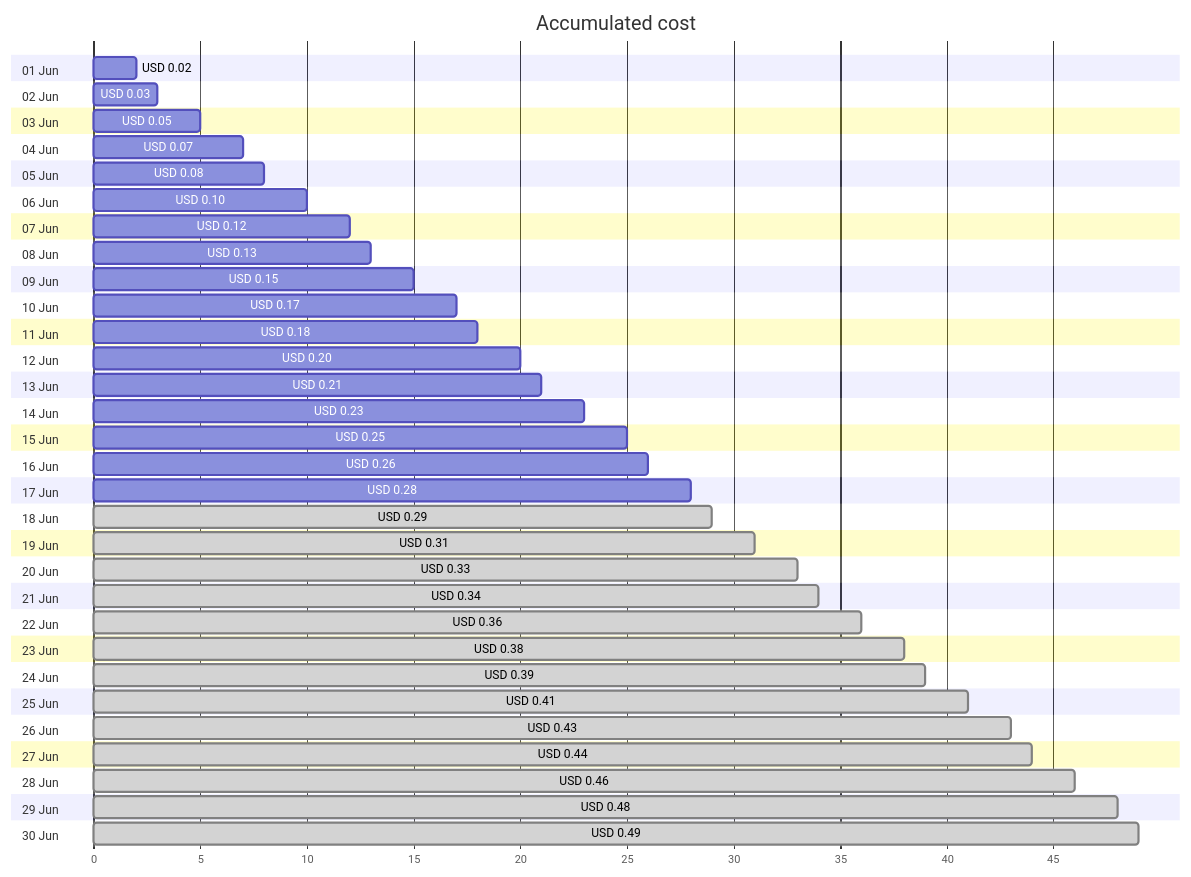
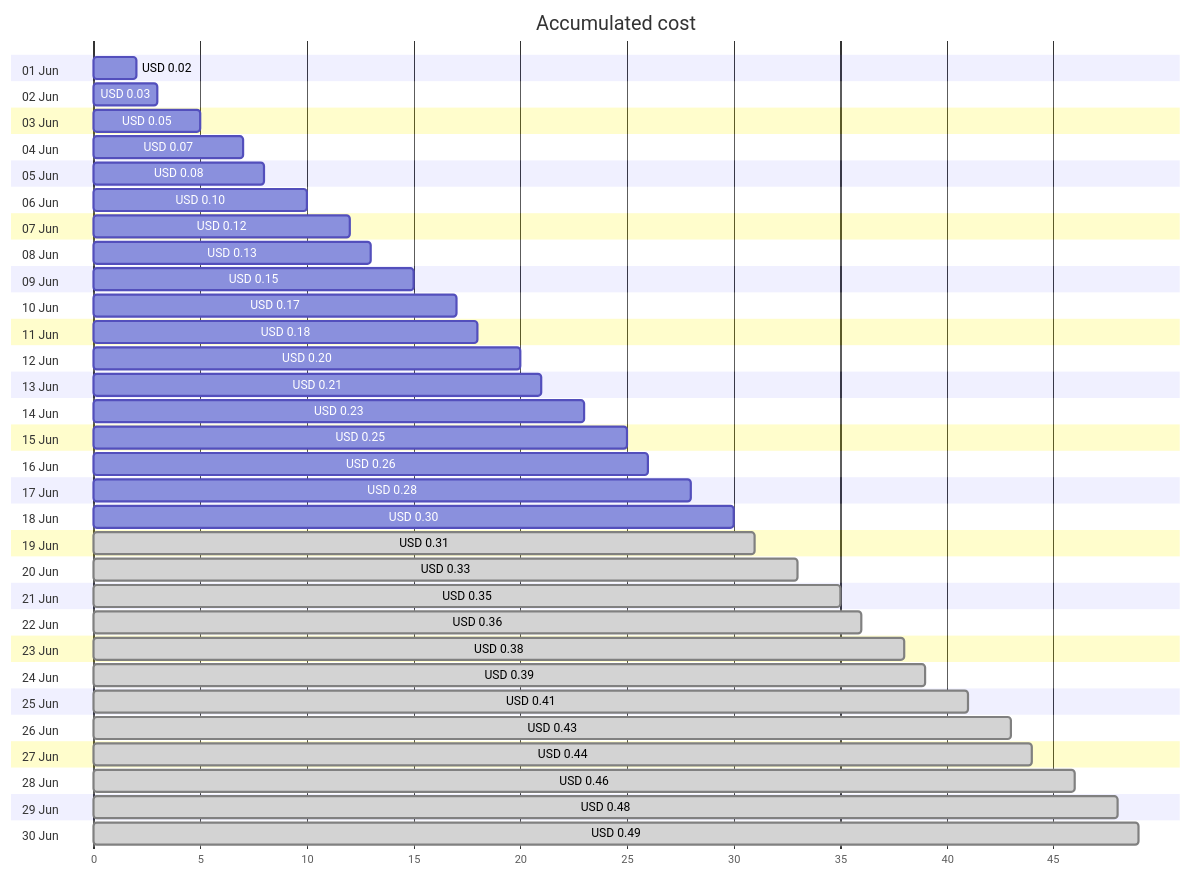
The first of 4 diagrams in cost-reports/personal-dns/jpatrickfulton.dev.md (jpfulton/azure-personal-reports), drawn with Mermaid before and after one commit. The commit also changed other lines of this file and 2 other files, not shown here.

````diff
--- a/cost-reports/personal-dns/jpatrickfulton.dev.md
+++ b/cost-reports/personal-dns/jpatrickfulton.dev.md
@@ -20,66 +20,66 @@
 ```mermaid
 gantt
    title Accumulated cost
    dateFormat  X
    axisFormat %s
    section 01 Jun
    USD 0.02 :0, 2
    section 02 Jun
    USD 0.03 :0, 3
    section 03 Jun
    USD 0.05 :0, 5
    section 04 Jun
    USD 0.07 :0, 7
    section 05 Jun
    USD 0.08 :0, 8
    section 06 Jun
    USD 0.10 :0, 10
    section 07 Jun
    USD 0.12 :0, 12
    section 08 Jun
    USD 0.13 :0, 13
    section 09 Jun
    USD 0.15 :0, 15
    section 10 Jun
    USD 0.17 :0, 17
    section 11 Jun
    USD 0.18 :0, 18
    section 12 Jun
    USD 0.20 :0, 20
    section 13 Jun
    USD 0.21 :0, 21
    section 14 Jun
    USD 0.23 :0, 23
    section 15 Jun
    USD 0.25 :0, 25
    section 16 Jun
    USD 0.26 :0, 26
    section 17 Jun
    USD 0.28 :0, 28
    section 18 Jun
-   USD 0.29 : done, 0, 29
+   USD 0.30 :0, 30
    section 19 Jun
    USD 0.31 : done, 0, 31
    section 20 Jun
    USD 0.33 : done, 0, 33
    section 21 Jun
-   USD 0.34 : done, 0, 34
+   USD 0.35 : done, 0, 35
    section 22 Jun
    USD 0.36 : done, 0, 36
    section 23 Jun
    USD 0.38 : done, 0, 38
    section 24 Jun
    USD 0.39 : done, 0, 39
    section 25 Jun
    USD 0.41 : done, 0, 41
    section 26 Jun
    USD 0.43 : done, 0, 43
    section 27 Jun
    USD 0.44 : done, 0, 44
    section 28 Jun
    USD 0.46 : done, 0, 46
    section 29 Jun
    USD 0.48 : done, 0, 48
    section 30 Jun
    USD 0.49 : done, 0, 49
 ```
````
